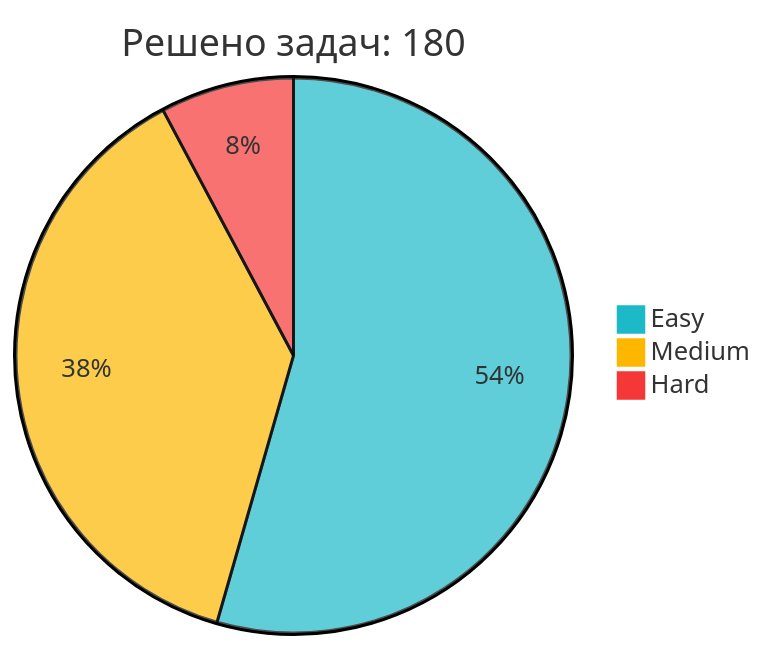
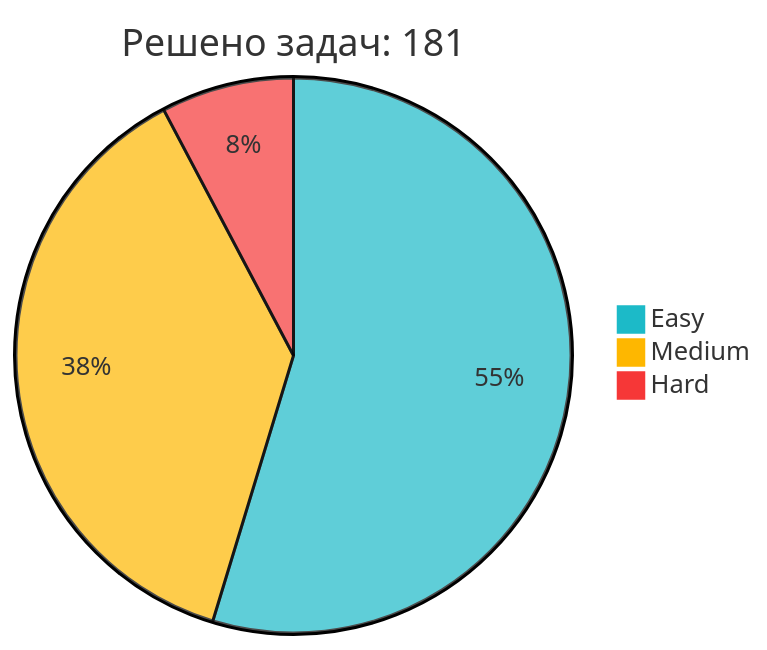
One commit to IliaKurdukov/IliaKurdukov changed the diagram in README.md. Above: the diagram before and after it, drawn with Mermaid. The commit also changed other lines of this file, not shown here.

Commit message:
📈 Обновление статистики LeetCode

````diff
--- a/README.md
+++ b/README.md
@@ -51,7 +51,7 @@
 ```mermaid
 %%{init: {'theme': 'base', 'themeVariables': { 'pie1': '#1CBAC8', 'pie2': '#FEB700', 'pie3': '#F63737' }, 'config': {'width': 300, 'height': 200}}}%%
-pie title Решено задач: 180
-   "Easy" : 98
+pie title Решено задач: 181
+   "Easy" : 99
    "Medium" : 68
    "Hard" : 14
 ```
````
